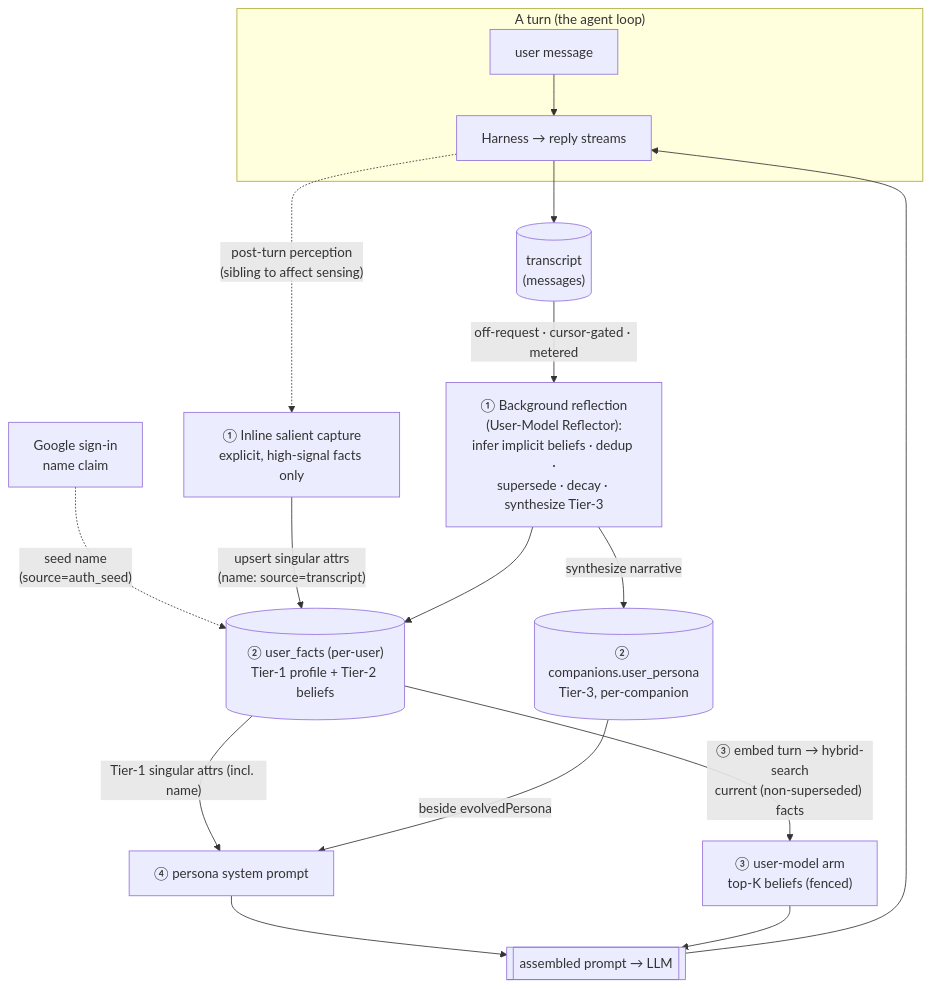
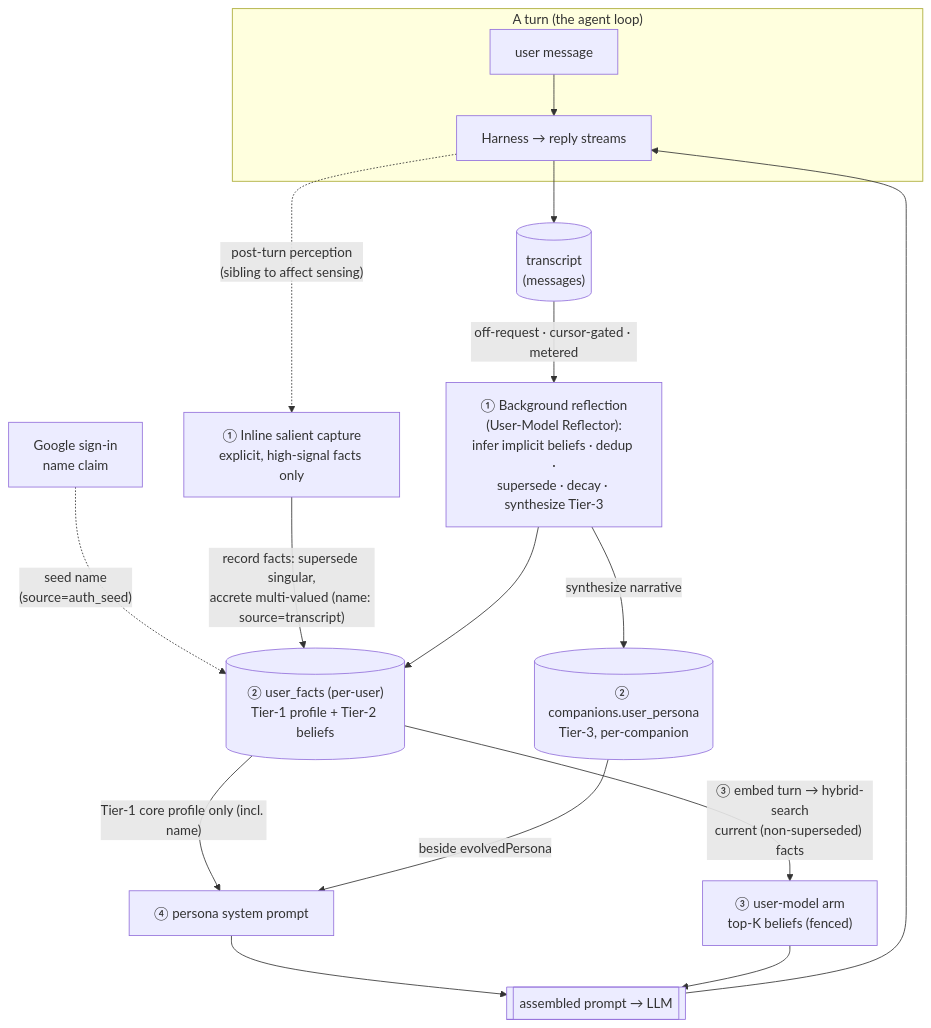
The second of 2 diagrams in docs/companion-memory.md (CobbleStamp/CobbleCompanion), drawn with Mermaid before and after one commit. The commit also changed other lines of this file and 3 other files, not shown here.

````diff
--- a/docs/companion-memory.md
+++ b/docs/companion-memory.md
@@ -123,27 +123,27 @@
 ```mermaid
 flowchart TB
     subgraph TURN["A turn (the agent loop)"]
       U["user message"] --> RUN["Harness → reply streams"]
     end
     RUN --> TX[("transcript<br/>(messages)")]
 
     %% 1. EXTRACT
     RUN -.->|"post-turn perception<br/>(sibling to affect sensing)"| INLINE["① Inline salient capture<br/>explicit, high-signal facts only"]
     TX -->|"off-request · cursor-gated · metered"| REFLECT["① Background reflection<br/>(User-Model Reflector):<br/>infer implicit beliefs · dedup ·<br/>supersede · decay · synthesize Tier-3"]
 
     %% 0. SEED (at sign-in)
     SEED["Google sign-in<br/>name claim"] -.->|"seed name<br/>(source=auth_seed)"| UF
 
     %% 2. PERSIST
-    INLINE -->|"upsert singular attrs<br/>(name: source=transcript)"| UF[("② user_facts (per-user)<br/>Tier-1 profile + Tier-2 beliefs")]
+    INLINE -->|"record facts: supersede singular,<br/>accrete multi-valued (name: source=transcript)"| UF[("② user_facts (per-user)<br/>Tier-1 profile + Tier-2 beliefs")]
     REFLECT --> UF
     REFLECT -->|"synthesize narrative"| UP[("② companions.user_persona<br/>Tier-3, per-companion")]
 
     %% 3. RETRIEVE + 4. INJECT (next turn)
-    UF -->|"Tier-1 singular attrs (incl. name)"| PERSONA["④ persona system prompt"]
+    UF -->|"Tier-1 core profile only (incl. name)"| PERSONA["④ persona system prompt"]
     UP -->|"beside evolvedPersona"| PERSONA
     UF -->|"③ embed turn → hybrid-search<br/>current (non-superseded) facts"| ARM["③ user-model arm<br/>top-K beliefs (fenced)"]
     PERSONA --> PROMPT[["assembled prompt → LLM"]]
     ARM --> PROMPT
     PROMPT --> RUN
 ```
````
